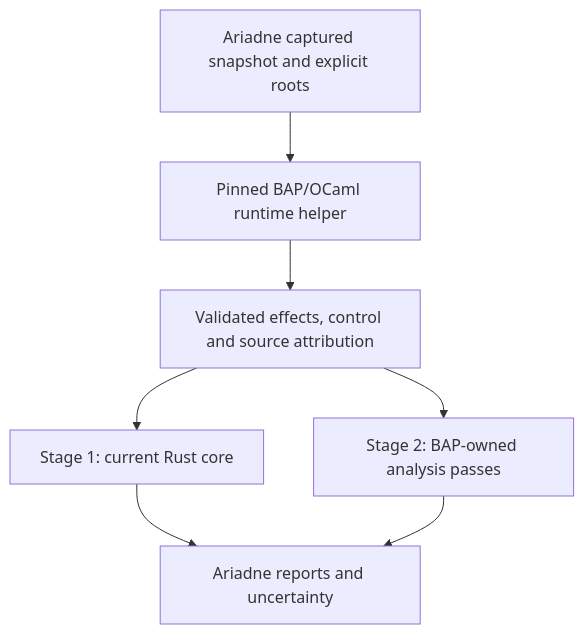
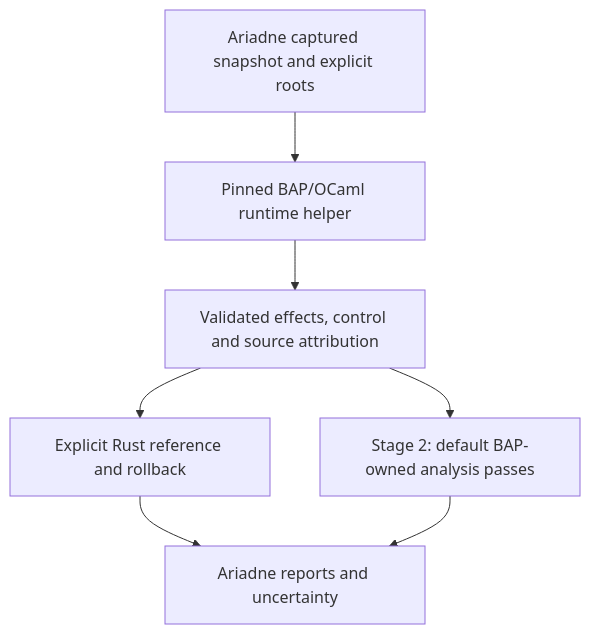
The diagram in Plans/bap-integration.md (NzSN/Ariadne), drawn with Mermaid before and after one commit. The commit also changed other lines of this file and 108 other files, not shown here.

````diff
--- a/Plans/bap-integration.md
+++ b/Plans/bap-integration.md
@@ -52,9 +53,9 @@
 ```mermaid
 flowchart TD
     Capture["Ariadne captured snapshot and explicit roots"] --> BAP["Pinned BAP/OCaml runtime helper"]
     BAP --> Project["Validated effects, control and source attribution"]
-    Project --> Rust["Stage 1: current Rust core"]
-    Project --> Core["Stage 2: BAP-owned analysis passes"]
+    Project --> Rust["Explicit Rust reference and rollback"]
+    Project --> Core["Stage 2: default BAP-owned analysis passes"]
     Rust --> Reports["Ariadne reports and uncertainty"]
     Core --> Reports
 ```
````
